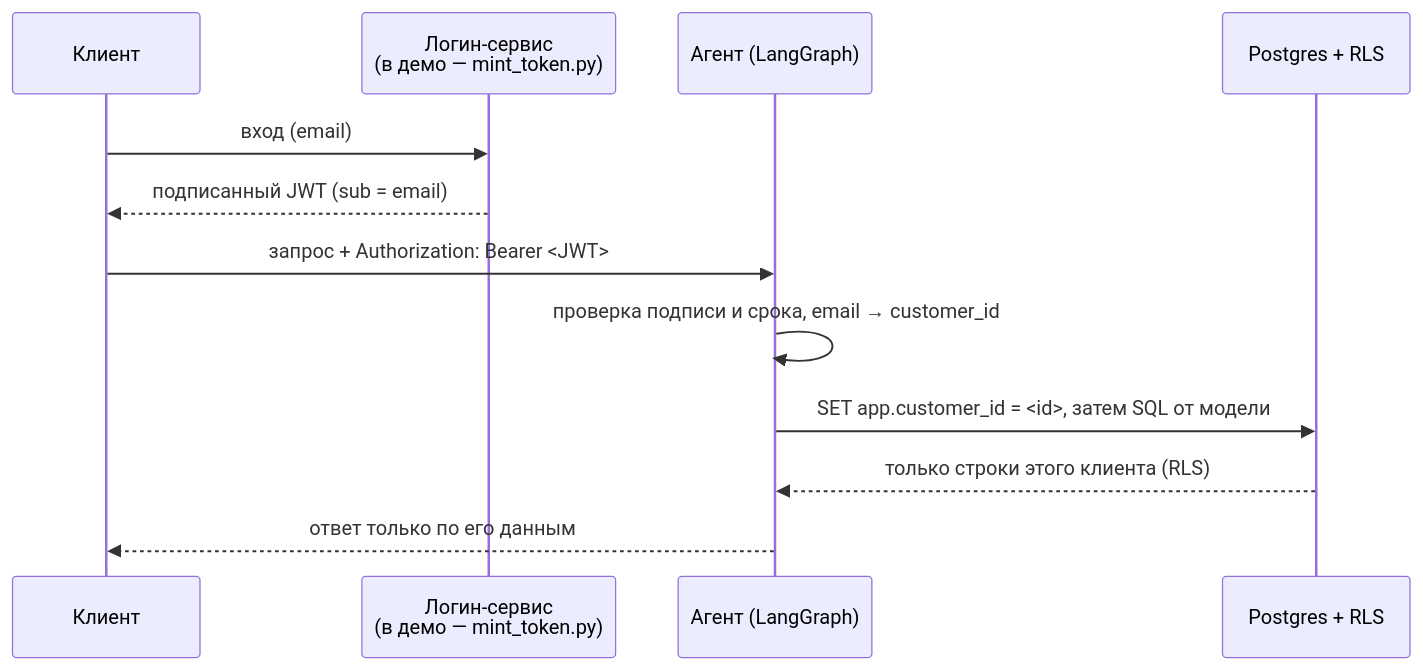
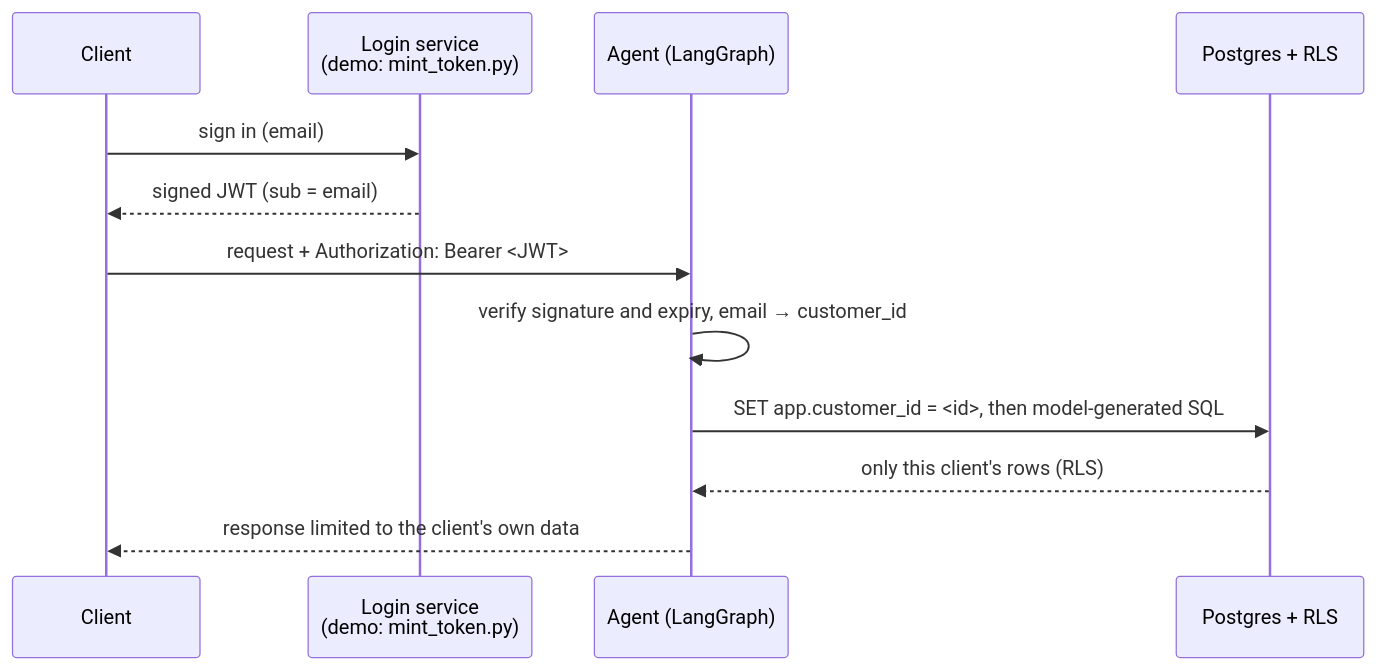
Before and after one commit to Alex-Kopylov/sample_db: the diagram in docs/authentication.md, drawn with Mermaid. The commit also changed other lines of this file, not shown here.

````diff
--- a/docs/authentication.md
+++ b/docs/authentication.md
@@ -12,14 +12,14 @@
 ```mermaid
 sequenceDiagram
-    participant U as Клиент
-    participant L as Логин-сервис<br/>(в демо — mint_token.py)
-    participant A as Агент (LangGraph)
+    participant U as Client
+    participant L as Login service<br/>(demo: mint_token.py)
+    participant A as Agent (LangGraph)
     participant DB as Postgres + RLS
-    U->>L: вход (email)
-    L-->>U: подписанный JWT (sub = email)
-    U->>A: запрос + Authorization: Bearer <JWT>
-    A->>A: проверка подписи и срока, email → customer_id
-    A->>DB: SET app.customer_id = <id>, затем SQL от модели
-    DB-->>A: только строки этого клиента (RLS)
-    A-->>U: ответ только по его данным
+    U->>L: sign in (email)
+    L-->>U: signed JWT (sub = email)
+    U->>A: request + Authorization: Bearer <JWT>
+    A->>A: verify signature and expiry, email → customer_id
+    A->>DB: SET app.customer_id = <id>, then model-generated SQL
+    DB-->>A: only this client's rows (RLS)
+    A-->>U: response limited to the client's own data
 ```
````
